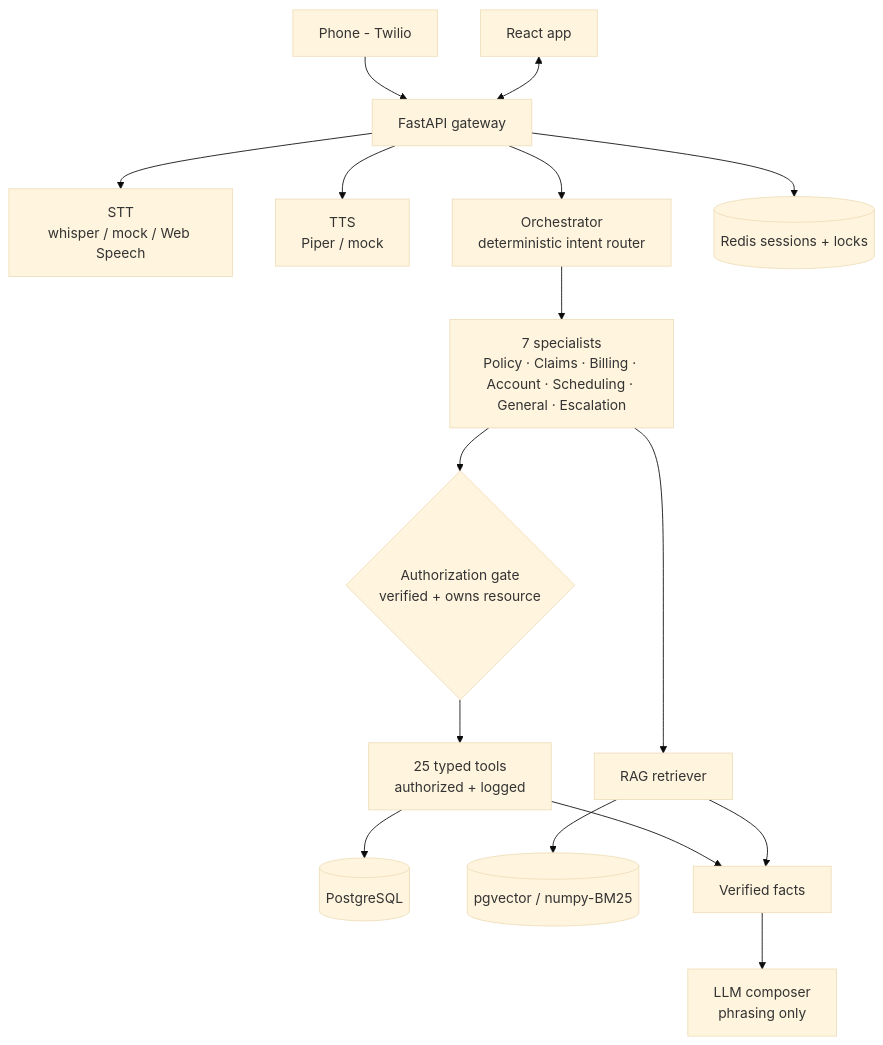
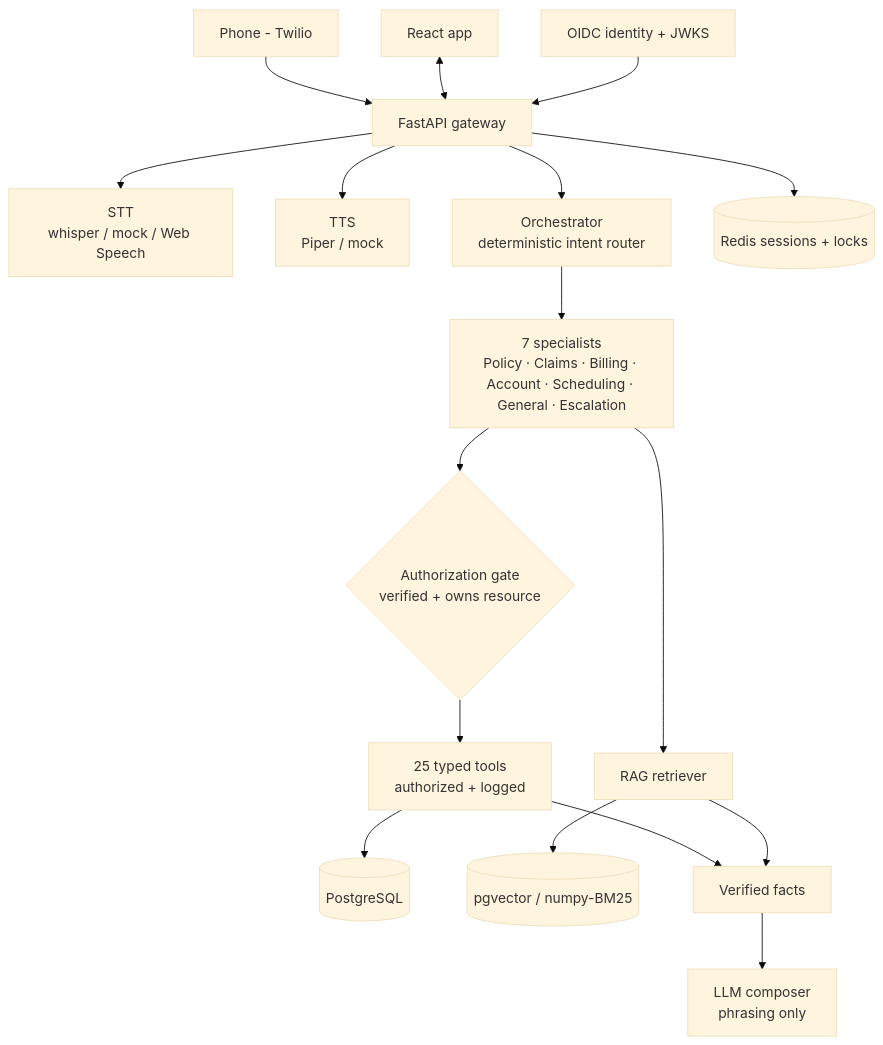
The diagram in README.md (John-Jepsen/assured), drawn with Mermaid (base theme) before and after one commit. The commit also changed other lines of this file and 22 other files, not shown here.

Commit message:
security: enforce OIDC identity and conversation ownership

````diff
--- a/README.md
+++ b/README.md
@@ -30,17 +30,18 @@
 ```mermaid
 flowchart TD
     Phone[Phone - Twilio] --> API
     Web[React app] <--> API[FastAPI gateway]
+    OIDC[OIDC identity + JWKS] --> API
     API --> STT[STT<br/>whisper / mock / Web Speech]
     API --> TTS[TTS<br/>Piper / mock]
     API --> ORCH[Orchestrator<br/>deterministic intent router]
     ORCH --> SPEC[7 specialists<br/>Policy · Claims · Billing · Account · Scheduling · General · Escalation]
     SPEC --> AUTHZ{Authorization gate<br/>verified + owns resource}
     SPEC --> RAG[RAG retriever]
     AUTHZ --> TOOLS[25 typed tools<br/>authorized + logged]
     TOOLS --> DB[(PostgreSQL)]
     API --> SESSION[(Redis sessions + locks)]
     RAG --> VEC[(pgvector / numpy-BM25)]
     TOOLS --> FACTS[Verified facts] --> LLM[LLM composer<br/>phrasing only]
     RAG --> FACTS
 ```
````
